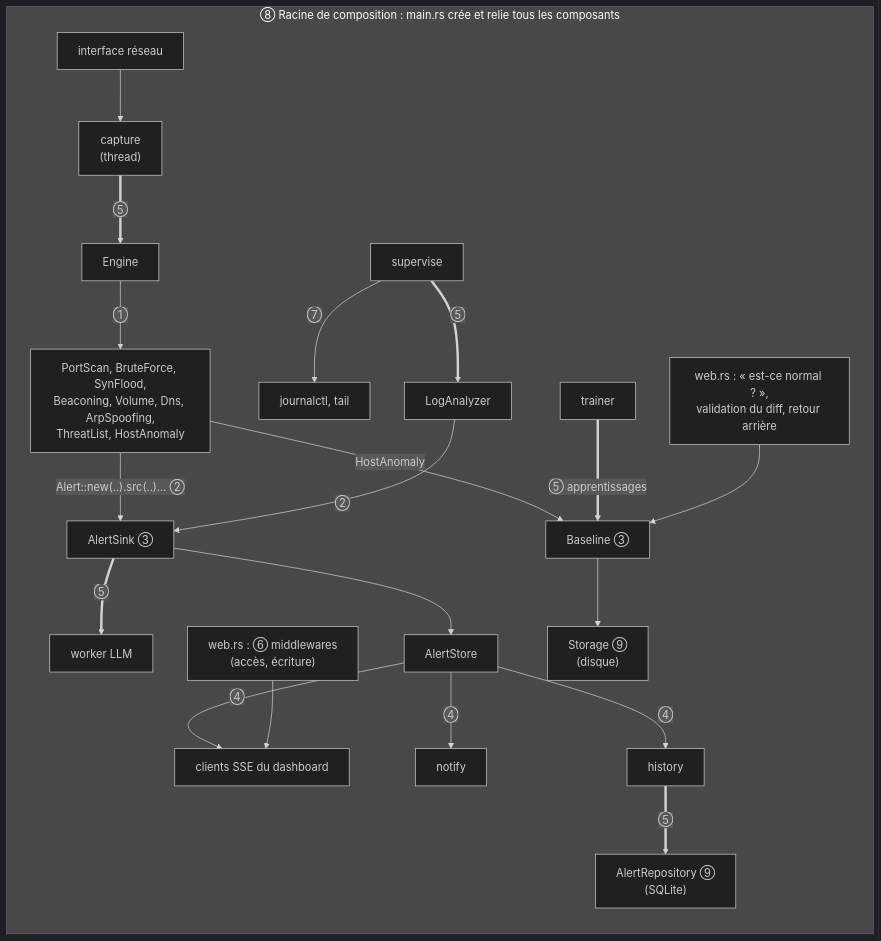
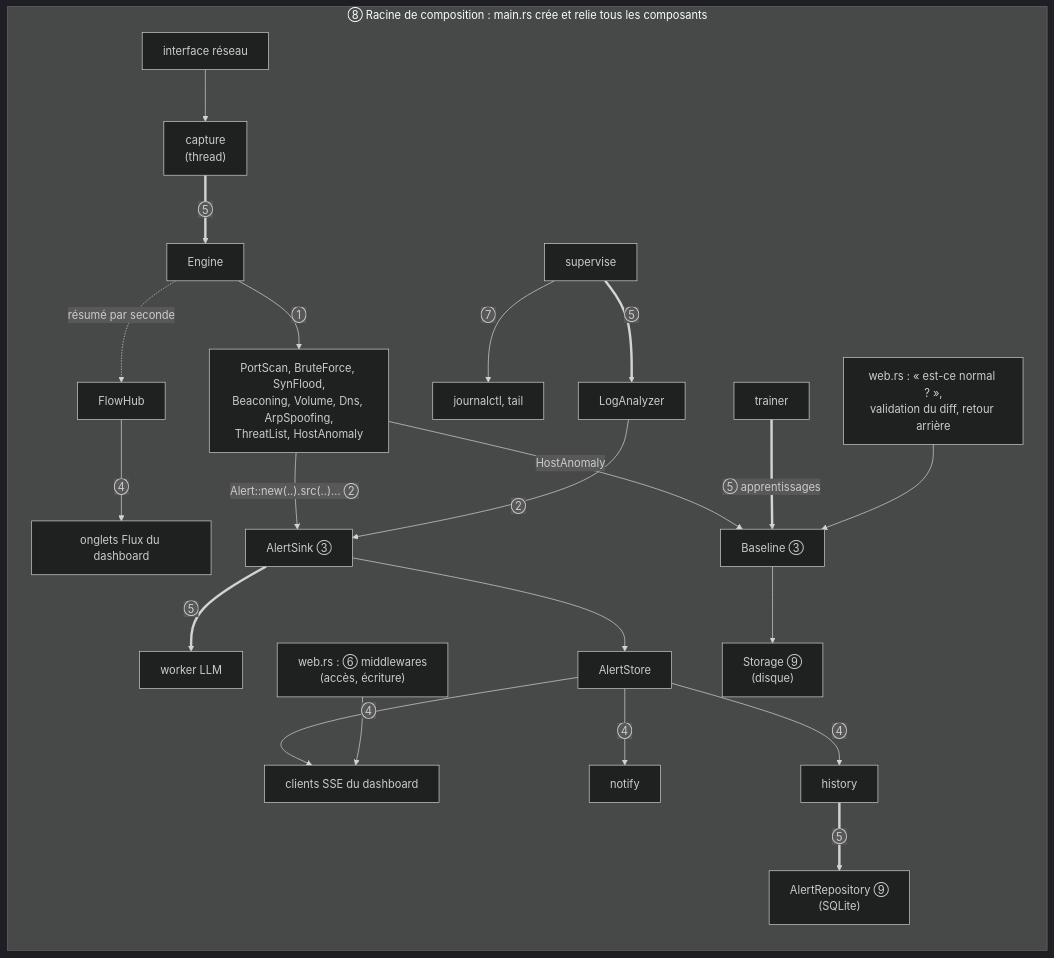
One commit to jprecigout/cyward changed the second of 2 diagrams in README.md. Above: the diagram before and after it, drawn with Mermaid (dark theme). The commit also changed other lines of this file and 6 other files, not shown here.

````diff
--- a/README.md
+++ b/README.md
@@ -249,24 +257,26 @@
 ```mermaid
 flowchart LR
     subgraph ROOT["⑧ Racine de composition : main.rs crée et relie tous les composants"]
         NIC["interface réseau"] --> CAP["capture<br/>(thread)"]
         CAP == "⑤" ==> ENG["Engine"]
         ENG -- "①" --> DETS["PortScan, BruteForce, SynFlood,<br/>Beaconing, Volume, Dns, ArpSpoofing,<br/>ThreatList, HostAnomaly"]
+        ENG -. "résumé par seconde" .-> HUB["FlowHub"]
+        HUB -- "④" --> FSSE["onglets Flux du dashboard"]
         SUP["supervise"] -- "⑦" --> SRC["journalctl, tail"]
         SUP == "⑤" ==> LA["LogAnalyzer"]
         DETS -- "Alert::new(..).src(..)… ②" --> SINK["AlertSink ③"]
         LA -- "②" --> SINK
         SINK == "⑤" ==> LLM["worker LLM"]
         SINK --> STORE["AlertStore"]
         STORE -- "④" --> SSE["clients SSE du dashboard"]
         STORE -- "④" --> NOTIF["notify"]
         STORE -- "④" --> HIST["history"]
         HIST == "⑤" ==> REPO["AlertRepository ⑨<br/>(SQLite)"]
         MW["web.rs : ⑥ middlewares<br/>(accès, écriture)"] --> SSE
 
         DETS -- "HostAnomaly" --> BL["Baseline ③"]
         BL --> STO["Storage ⑨<br/>(disque)"]
         TR["trainer"] == "⑤ apprentissages" ==> BL
         WQ["web.rs : « est-ce normal ? »,<br/>validation du diff, retour arrière"] --> BL
     end
 ```
````
